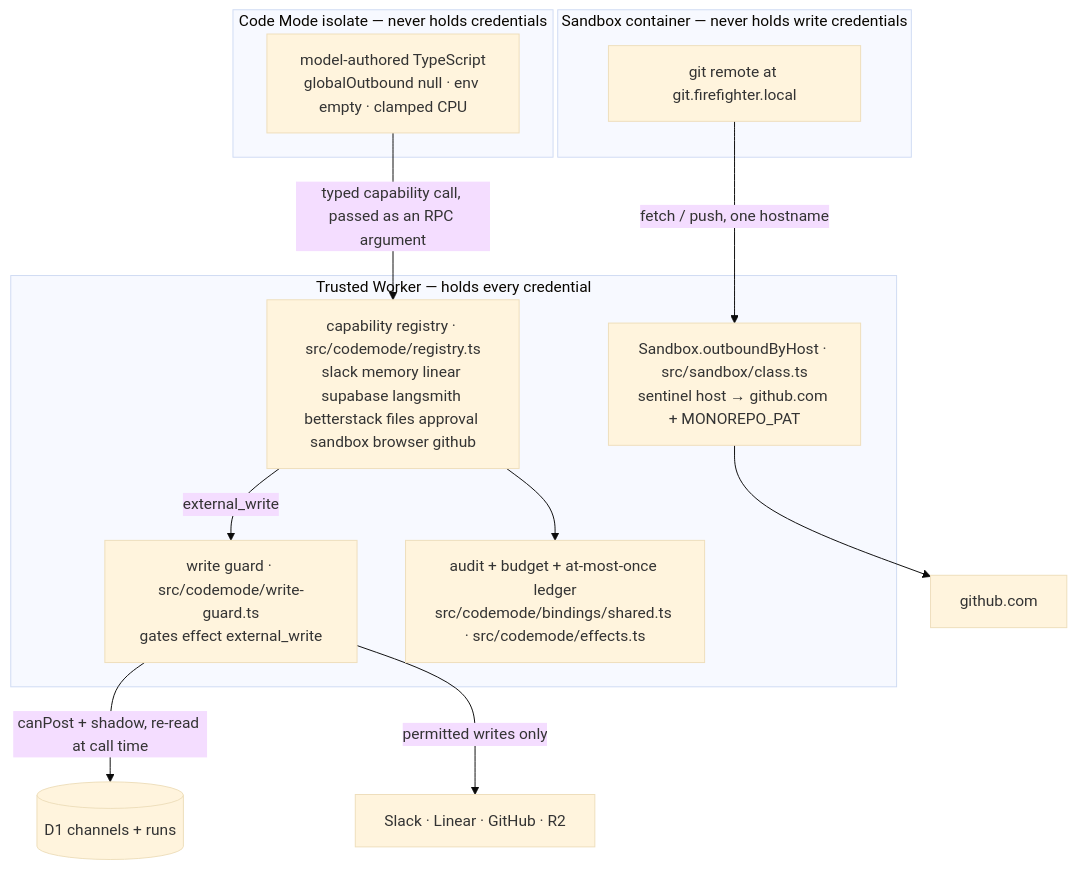
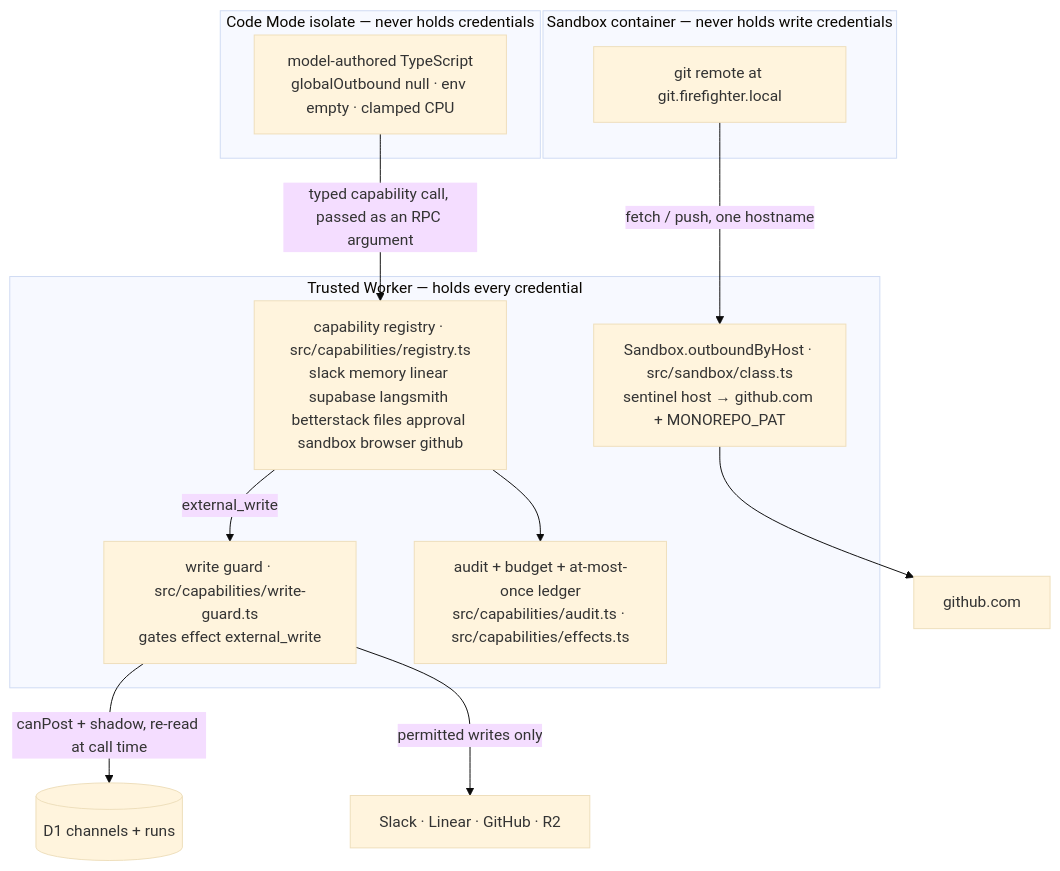
One commit to sayandedotcom/ai-slack-bot changed the third of 3 diagrams in README.md. Above: the diagram before and after it, drawn with Mermaid (base theme). The commit also changed other lines of this file and 5 other files, not shown here.

````diff
--- a/README.md
+++ b/README.md
@@ -102,22 +103,22 @@
 ```mermaid
 flowchart TB
   subgraph WORKER["Trusted Worker — holds every credential"]
-    REG["capability registry · src/codemode/registry.ts<br/>slack memory linear supabase langsmith betterstack files approval sandbox browser github"]
-    GUARD["write guard · src/codemode/write-guard.ts<br/>gates effect external_write"]
-    LEDGER["audit + budget + at-most-once ledger<br/>src/codemode/bindings/shared.ts · src/codemode/effects.ts"]
+    REG["capability registry · src/capabilities/registry.ts<br/>slack memory linear supabase langsmith betterstack files approval sandbox browser github"]
+    GUARD["write guard · src/capabilities/write-guard.ts<br/>gates effect external_write"]
+    LEDGER["audit + budget + at-most-once ledger<br/>src/capabilities/audit.ts · src/capabilities/effects.ts"]
     SWAP["Sandbox.outboundByHost · src/sandbox/class.ts<br/>sentinel host → github.com + MONOREPO_PAT"]
   end
   subgraph ISO["Code Mode isolate — never holds credentials"]
     CODE["model-authored TypeScript<br/>globalOutbound null · env empty · clamped CPU"]
   end
   subgraph BOX["Sandbox container — never holds write credentials"]
     GIT["git remote at git.firefighter.local"]
   end
   CODE -->|"typed capability call, passed as an RPC argument"| REG
   REG --> LEDGER
   REG -->|"external_write"| GUARD
   GUARD -->|"canPost + shadow, re-read at call time"| D1[("D1 channels + runs")]
   GUARD -->|"permitted writes only"| VENDORS["Slack · Linear · GitHub · R2"]
   GIT -->|"fetch / push, one hostname"| SWAP
   SWAP --> GH["github.com"]
 ```
````
